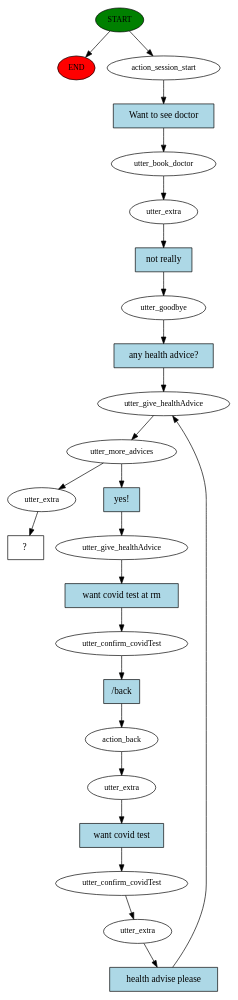
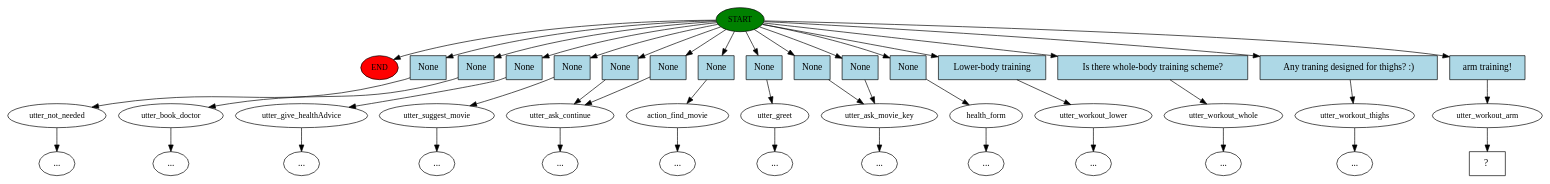
One commit to JJTam/COMP4461-Project2-Rasa-Chatbot changed the diagram in chatbot/story_graph.dot. Above: the diagram before and after it, drawn with Graphviz. The commit also changed 6 other files, not shown here.

```diff
--- a/chatbot/story_graph.dot
+++ b/chatbot/story_graph.dot
@@ -1,50 +1,89 @@
 digraph  {
 0 [class="start active", fillcolor=green, fontsize=12, label=START, style=filled];
 "-1" [class=end, fillcolor=red, fontsize=12, label=END, style=filled];
-1 [class=active, fontsize=12, label=action_session_start];
-2 [class=active, fontsize=12, label=utter_book_doctor];
-3 [class=active, fontsize=12, label=utter_extra];
-4 [class=active, fontsize=12, label=utter_goodbye];
-5 [class=active, fontsize=12, label=utter_give_healthAdvice];
-6 [class=active, fontsize=12, label=utter_more_advices];
-7 [class=active, fontsize=12, label=utter_give_healthAdvice];
-8 [class=active, fontsize=12, label=utter_confirm_covidTest];
-9 [class=active, fontsize=12, label=action_back];
-10 [class=active, fontsize=12, label=utter_extra];
-11 [class=active, fontsize=12, label=utter_confirm_covidTest];
-12 [class=active, fontsize=12, label=utter_extra];
-15 [class=active, fontsize=12, label=utter_extra];
-16 [class="intent dashed active", label="  ?  ", shape=rect];
-17 [class="intent active", fillcolor=lightblue, label="Want to see doctor", shape=rect, style=filled];
-18 [class="intent active", fillcolor=lightblue, label="not really", shape=rect, style=filled];
-19 [class="intent active", fillcolor=lightblue, label="any health advice?", shape=rect, style=filled];
-20 [class="intent active", fillcolor=lightblue, label="yes!", shape=rect, style=filled];
-21 [class="intent active", fillcolor=lightblue, label="want covid test at rm", shape=rect, style=filled];
-22 [class="intent active", fillcolor=lightblue, label="/back", shape=rect, style=filled];
-23 [class="intent active", fillcolor=lightblue, label="want covid test", shape=rect, style=filled];
-24 [class="intent active", fillcolor=lightblue, label="health advise please", shape=rect, style=filled];
+1 [class="", fontsize=12, label=utter_not_needed];
+"-3" [class=ellipsis, label="..."];
+2 [class="", fontsize=12, label=utter_book_doctor];
+3 [class="", fontsize=12, label=utter_give_healthAdvice];
+5 [class="", fontsize=12, label=utter_suggest_movie];
+6 [class="", fontsize=12, label=utter_ask_continue];
+"-10" [class=ellipsis, label="..."];
+9 [class="", fontsize=12, label=action_find_movie];
+"-11" [class=ellipsis, label="..."];
+10 [class="", fontsize=12, label=utter_greet];
+11 [class="", fontsize=12, label=utter_ask_movie_key];
+"-32" [class=ellipsis, label="..."];
+"-33" [class=ellipsis, label="..."];
+"-34" [class=ellipsis, label="..."];
+"-36" [class=ellipsis, label="..."];
+35 [class="", fontsize=12, label=health_form];
+"-37" [class=ellipsis, label="..."];
+"-38" [class=ellipsis, label="..."];
+37 [class="", fontsize=12, label=utter_workout_lower];
+"-39" [class=ellipsis, label="..."];
+38 [class="", fontsize=12, label=utter_workout_whole];
+"-40" [class=ellipsis, label="..."];
+39 [class="", fontsize=12, label=utter_workout_thighs];
+"-41" [class=ellipsis, label="..."];
+40 [class=active, fontsize=12, label=utter_workout_arm];
+41 [class="intent dashed active", label="  ?  ", shape=rect];
+42 [class=intent, fillcolor=lightblue, label=None, shape=rect, style=filled];
+43 [class=intent, fillcolor=lightblue, label=None, shape=rect, style=filled];
+44 [class=intent, fillcolor=lightblue, label=None, shape=rect, style=filled];
+45 [class=intent, fillcolor=lightblue, label=None, shape=rect, style=filled];
+46 [class=intent, fillcolor=lightblue, label=None, shape=rect, style=filled];
+47 [class=intent, fillcolor=lightblue, label=None, shape=rect, style=filled];
+48 [class=intent, fillcolor=lightblue, label=None, shape=rect, style=filled];
+49 [class=intent, fillcolor=lightblue, label=None, shape=rect, style=filled];
+50 [class=intent, fillcolor=lightblue, label=None, shape=rect, style=filled];
+51 [class=intent, fillcolor=lightblue, label=None, shape=rect, style=filled];
+52 [class=intent, fillcolor=lightblue, label=None, shape=rect, style=filled];
+53 [class=intent, fillcolor=lightblue, label="Lower-body training", shape=rect, style=filled];
+54 [class=intent, fillcolor=lightblue, label="Is there whole-body training scheme?", shape=rect, style=filled];
+55 [class=intent, fillcolor=lightblue, label="Any traning designed for thighs? :)", shape=rect, style=filled];
+56 [class="intent active", fillcolor=lightblue, label="arm training!", shape=rect, style=filled];
 0 -> "-1"  [class="", key=NONE, label=""];
-0 -> 1  [class=active, key=NONE, label=""];
-1 -> 17  [class=active, key=0];
-2 -> 3  [class=active, key=NONE, label=""];
-3 -> 18  [class=active, key=0];
-4 -> 19  [class=active, key=0];
-5 -> 6  [class=active, key=NONE, label=""];
-6 -> 15  [class=active, key=NONE, label=""];
-6 -> 20  [class=active, key=0];
-7 -> 21  [class=active, key=0];
-8 -> 22  [class=active, key=0];
-9 -> 10  [class=active, key=NONE, label=""];
-10 -> 23  [class=active, key=0];
-11 -> 12  [class=active, key=NONE, label=""];
-12 -> 24  [class=active, key=0];
-15 -> 16  [class=active, key=NONE, label=""];
-17 -> 2  [class=active, key=0];
-18 -> 4  [class=active, key=0];
-19 -> 5  [class=active, key=0];
-20 -> 7  [class=active, key=0];
-21 -> 8  [class=active, key=0];
-22 -> 9  [class=active, key=0];
-23 -> 11  [class=active, key=0];
-24 -> 5  [class=active, key=0];
+0 -> 42  [class="", key=0];
+0 -> 43  [class="", key=0];
+0 -> 44  [class="", key=0];
+0 -> 45  [class="", key=0];
+0 -> 46  [class="", key=0];
+0 -> 47  [class="", key=0];
+0 -> 48  [class="", key=0];
+0 -> 49  [class="", key=0];
+0 -> 50  [class="", key=0];
+0 -> 51  [class="", key=0];
+0 -> 52  [class="", key=0];
+0 -> 53  [class="", key=0];
+0 -> 54  [class="", key=0];
+0 -> 55  [class="", key=0];
+0 -> 56  [class=active, key=0];
+1 -> "-3"  [class="", key=NONE, label=""];
+2 -> "-38"  [class="", key=NONE, label=""];
+3 -> "-36"  [class="", key=NONE, label=""];
+5 -> "-32"  [class="", key=NONE, label=""];
+6 -> "-10"  [class="", key=NONE, label=""];
+9 -> "-11"  [class="", key=NONE, label=""];
+10 -> "-34"  [class="", key=NONE, label=""];
+11 -> "-33"  [class="", key=NONE, label=""];
+35 -> "-37"  [class="", key=NONE, label=""];
+37 -> "-39"  [class="", key=NONE, label=""];
+38 -> "-40"  [class="", key=NONE, label=""];
+39 -> "-41"  [class="", key=NONE, label=""];
+40 -> 41  [class=active, key=NONE, label=""];
+42 -> 1  [class="", key=0];
+43 -> 2  [class="", key=0];
+44 -> 3  [class="", key=0];
+45 -> 5  [class="", key=0];
+46 -> 6  [class="", key=0];
+47 -> 6  [class="", key=0];
+48 -> 9  [class="", key=0];
+49 -> 10  [class="", key=0];
+50 -> 11  [class="", key=0];
+51 -> 11  [class="", key=0];
+52 -> 35  [class="", key=0];
+53 -> 37  [class="", key=0];
+54 -> 38  [class="", key=0];
+55 -> 39  [class="", key=0];
+56 -> 40  [class=active, key=0];
 }
```
